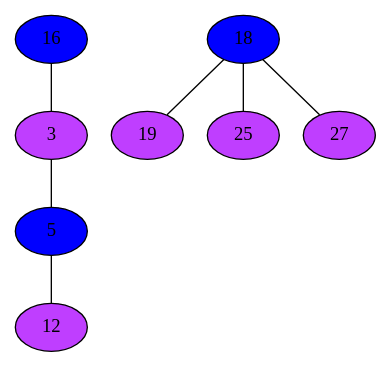
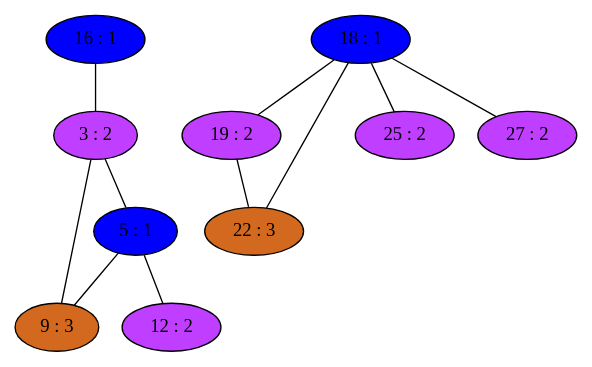
Before and after one commit to mbajaj92/Project-Astoria: the diagram in Compiler/7iGraph.dot, drawn with Graphviz. The commit also changed 213 other files, not shown here.

```diff
--- a/Compiler/7iGraph.dot
+++ b/Compiler/7iGraph.dot
@@ -1,22 +1,32 @@
 strict graph {
-16[label="16" style=filled fillcolor="blue1"];
+16[label="16 : 1" style=filled fillcolor="blue1"];
 16 -- 3
-18[label="18" style=filled fillcolor="blue1"];
+18[label="18 : 1" style=filled fillcolor="blue1"];
 18 -- 19
+18 -- 22
 18 -- 25
 18 -- 27
-19[label="19" style=filled fillcolor="darkorchid1"];
+19[label="19 : 2" style=filled fillcolor="darkorchid1"];
 19 -- 18
-3[label="3" style=filled fillcolor="darkorchid1"];
+19 -- 22
+3[label="3 : 2" style=filled fillcolor="darkorchid1"];
 3 -- 16
 3 -- 5
-5[label="5" style=filled fillcolor="blue1"];
+3 -- 9
+5[label="5 : 1" style=filled fillcolor="blue1"];
 5 -- 3
+5 -- 9
 5 -- 12
-25[label="25" style=filled fillcolor="darkorchid1"];
+22[label="22 : 3" style=filled fillcolor="chocolate"];
+22 -- 18
+22 -- 19
+25[label="25 : 2" style=filled fillcolor="darkorchid1"];
 25 -- 18
-27[label="27" style=filled fillcolor="darkorchid1"];
+9[label="9 : 3" style=filled fillcolor="chocolate"];
+9 -- 3
+9 -- 5
+27[label="27 : 2" style=filled fillcolor="darkorchid1"];
 27 -- 18
-12[label="12" style=filled fillcolor="darkorchid1"];
+12[label="12 : 2" style=filled fillcolor="darkorchid1"];
 12 -- 5
 }
```
